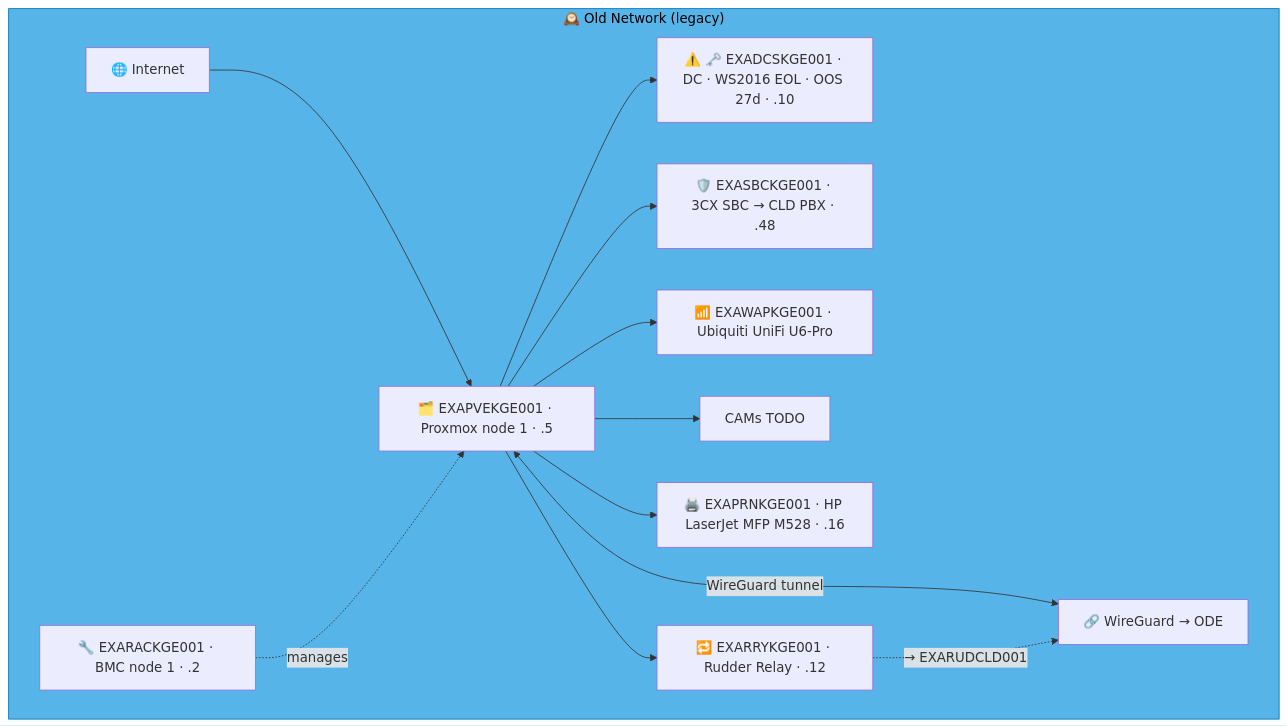
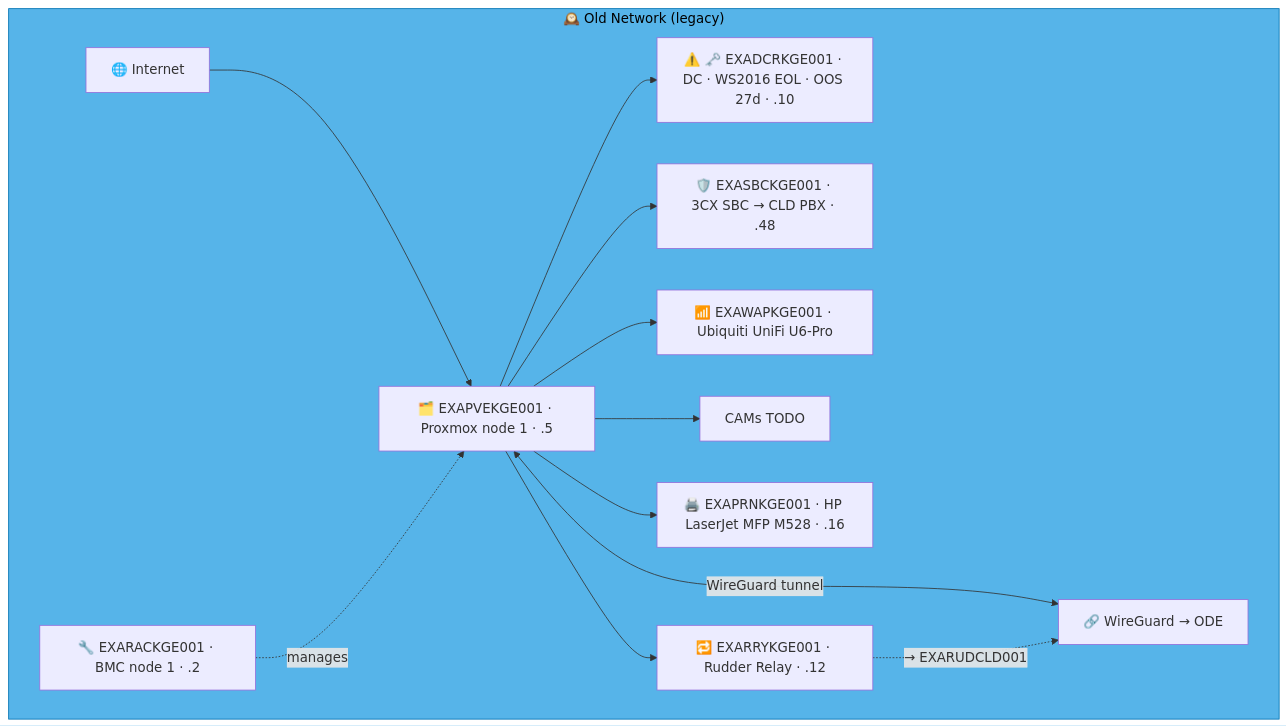
One commit to knightmare2600/example_music_infra changed the seventh of 23 diagrams in docs/network-diagram/danmark.md. Above: the diagram before and after it, drawn with Mermaid. The commit also changed other lines of this file and 8 other files, not shown here.

````diff
--- a/docs/network-diagram/danmark.md
+++ b/docs/network-diagram/danmark.md
@@ -381,24 +369,24 @@
 ```mermaid
 graph TD
     subgraph OLD_KGE ["🕰️ Old Network (legacy)"]
       INET["🌐 Internet"]
       RAC["🔧 EXARACKGE001 · BMC node 1 · .2"]
       PVE["🗂️ EXAPVEKGE001 · Proxmox node 1 · .5"]
-      DC["⚠️ 🗝️ EXADCSKGE001 · DC · WS2016 EOL · OOS 27d · .10"]
+      DC["⚠️ 🗝️ EXADCRKGE001 · DC · WS2016 EOL · OOS 27d · .10"]
       SBC["🛡️ EXASBCKGE001 · 3CX SBC → CLD PBX · .48"]
       RRY["🔁 EXARRYKGE001 · Rudder Relay · .12"]
       WAP["📶 EXAWAPKGE001 · Ubiquiti UniFi U6-Pro"]
       CAM["CAMs TODO"]
       PRN["🖨️ EXAPRNKGE001 · HP LaserJet MFP M528 · .16"]
       VPN["🔗 WireGuard → ODE"]
 
       INET --> PVE --> DC & SBC
       RAC -.->|"manages"| PVE
       PVE --> WAP & CAM & PRN
       PVE <-->|"WireGuard tunnel"| VPN
 
       PVE --> RRY
       RRY -. "→ EXARUDCLD001" .-> VPN
     end
     style OLD_KGE fill:#56B4E9,stroke:#0072B2,color:#000000
 ```
````
